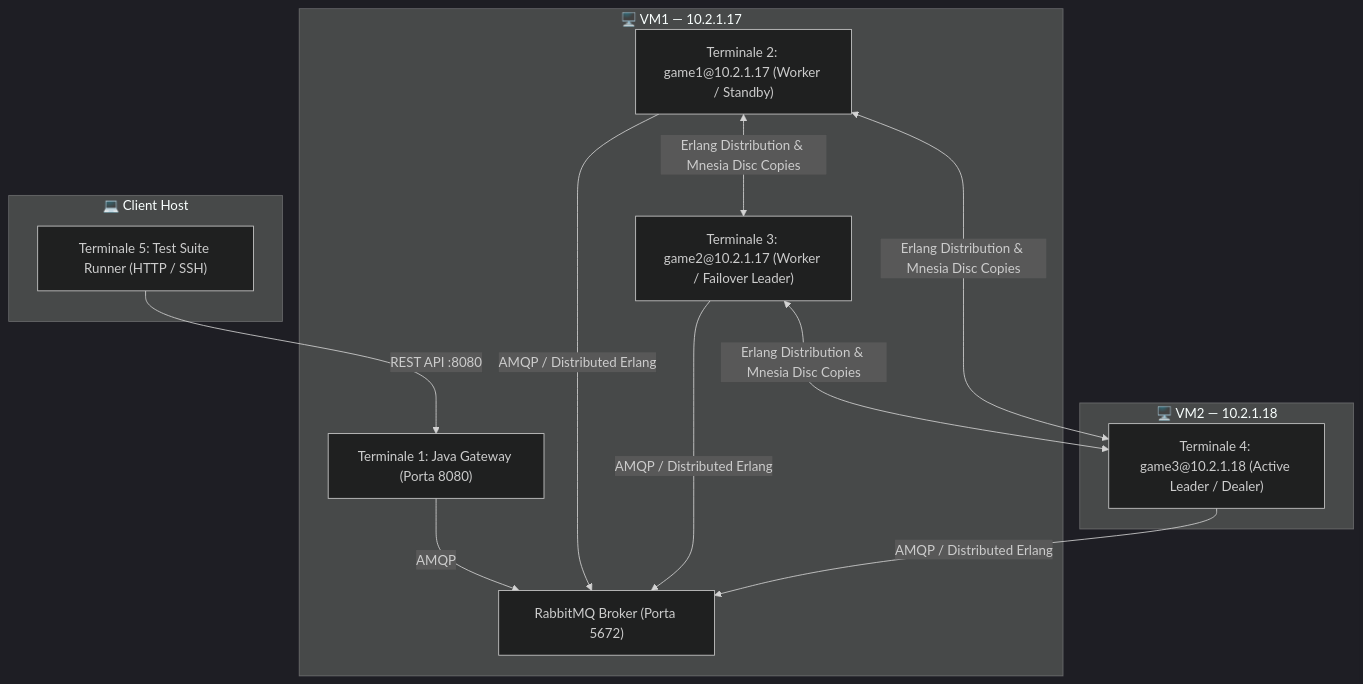
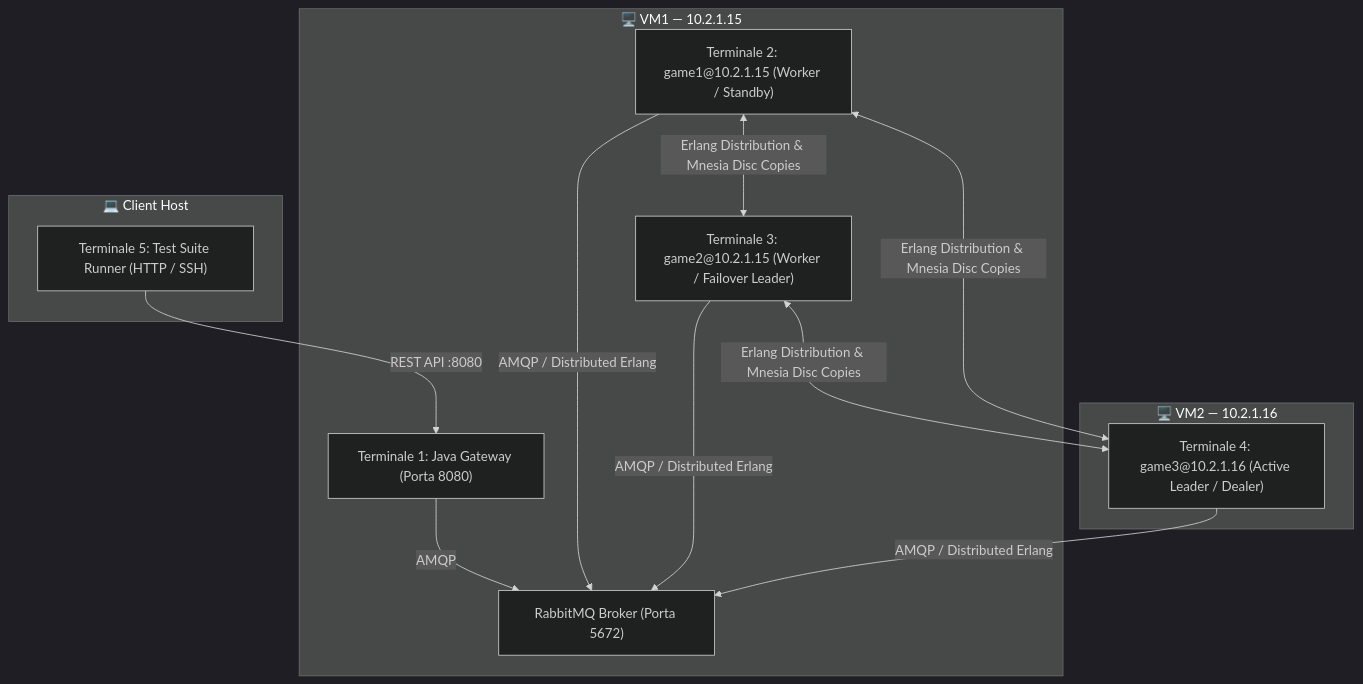
One commit to Paiku34/distributed_crazy_time changed the first of 2 diagrams in util_docs/vm_test_walkthrough.md. Above: the diagram before and after it, drawn with Mermaid (dark theme). The commit also changed other lines of this file and 6 other files, not shown here.

````diff
--- a/util_docs/vm_test_walkthrough.md
+++ b/util_docs/vm_test_walkthrough.md
@@ -12,26 +12,26 @@
 ```mermaid
 graph TD
-    subgraph VM1["🖥️ VM1 — 10.2.1.17"]
+    subgraph VM1["🖥️ VM1 — 10.2.1.15"]
         GW["Terminale 1: Java Gateway (Porta 8080)"]
         RMQ["RabbitMQ Broker (Porta 5672)"]
-        G1["Terminale 2: game1@10.2.1.17 (Worker / Standby)"]
-        G2["Terminale 3: game2@10.2.1.17 (Worker / Failover Leader)"]
+        G1["Terminale 2: game1@10.2.1.15 (Worker / Standby)"]
+        G2["Terminale 3: game2@10.2.1.15 (Worker / Failover Leader)"]
     end
     
-    subgraph VM2["🖥️ VM2 — 10.2.1.18"]
-        G3["Terminale 4: game3@10.2.1.18 (Active Leader / Dealer)"]
+    subgraph VM2["🖥️ VM2 — 10.2.1.16"]
+        G3["Terminale 4: game3@10.2.1.16 (Active Leader / Dealer)"]
     end
     
     subgraph CLIENT["💻 Client Host"]
         TEST["Terminale 5: Test Suite Runner (HTTP / SSH)"]
     end
     
     GW -->|AMQP| RMQ
     G1 -->|AMQP / Distributed Erlang| RMQ
     G2 -->|AMQP / Distributed Erlang| RMQ
     G3 -->|AMQP / Distributed Erlang| RMQ
     G1 <-->|Erlang Distribution & Mnesia Disc Copies| G2
     G2 <-->|Erlang Distribution & Mnesia Disc Copies| G3
     G1 <-->|Erlang Distribution & Mnesia Disc Copies| G3
     TEST -->|REST API :8080| GW
 ```
````
